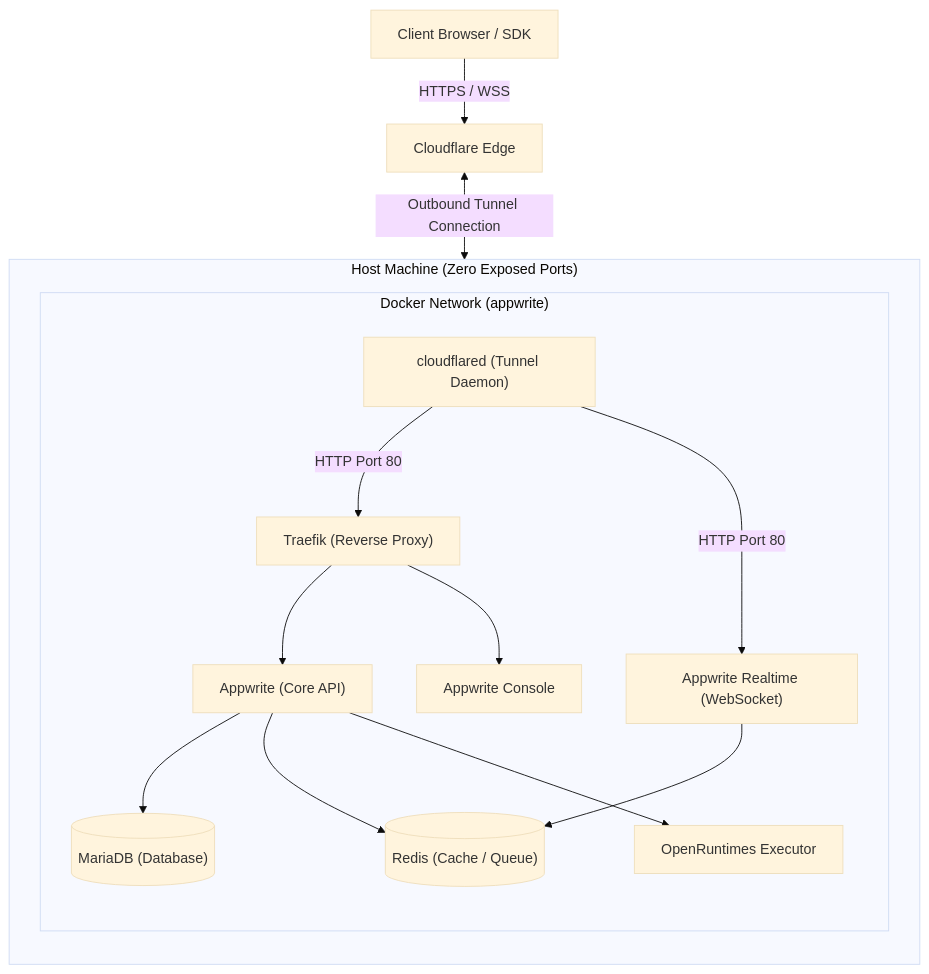
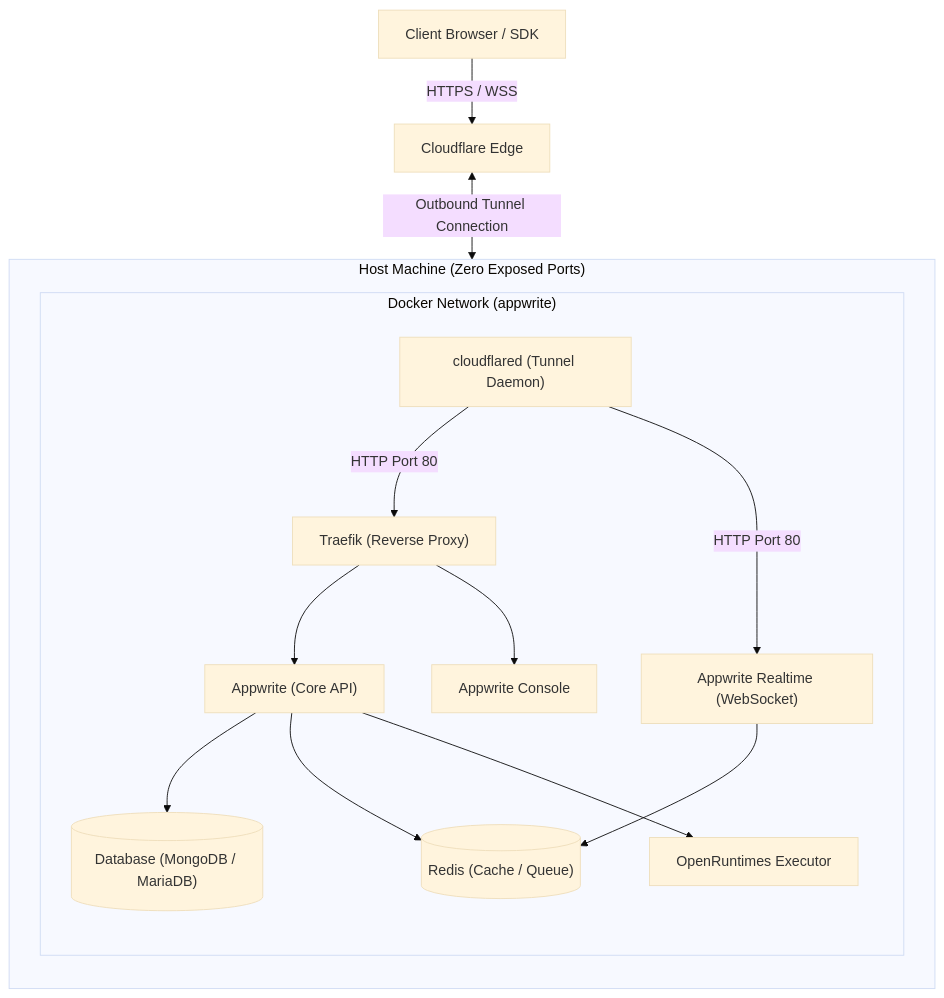
One commit to rajjitlai/Appwrite-Self-Host-Cloudflare-Tunnel changed the diagram in Readme.md. Above: the diagram before and after it, drawn with Mermaid (base theme). The commit also changed other lines of this file and 15 other files, not shown here.

Commit message:
Reorganize workspace: split into isolated MariaDB/MongoDB folders and integrate Cloudflare Tunnels

````diff
--- a/Readme.md
+++ b/Readme.md
@@ -41,29 +15,29 @@
 ```mermaid
 flowchart TD
     Client["Client Browser / SDK"] -->|HTTPS / WSS| CF["Cloudflare Edge"]
     
     subgraph Host["Host Machine (Zero Exposed Ports)"]
         direction TB
         subgraph DockerNet["Docker Network (appwrite)"]
             direction TB
             CFd["cloudflared (Tunnel Daemon)"]
             Traefik["Traefik (Reverse Proxy)"]
             Appwrite["Appwrite (Core API)"]
             Console["Appwrite Console"]
             Realtime["Appwrite Realtime (WebSocket)"]
-            MariaDB[("MariaDB (Database)")]
+            DB[("Database (MongoDB / MariaDB)")]
             Redis[("Redis (Cache / Queue)")]
             Executor["OpenRuntimes Executor"]
         end
     end
 
     CF <-->|Outbound Tunnel Connection| CFd
     CFd -->|HTTP Port 80| Traefik
     CFd -->|HTTP Port 80| Realtime
     Traefik --> Appwrite
     Traefik --> Console
-    Appwrite --> MariaDB
+    Appwrite --> DB
     Appwrite --> Redis
     Realtime --> Redis
     Appwrite --> Executor
 ```
````
